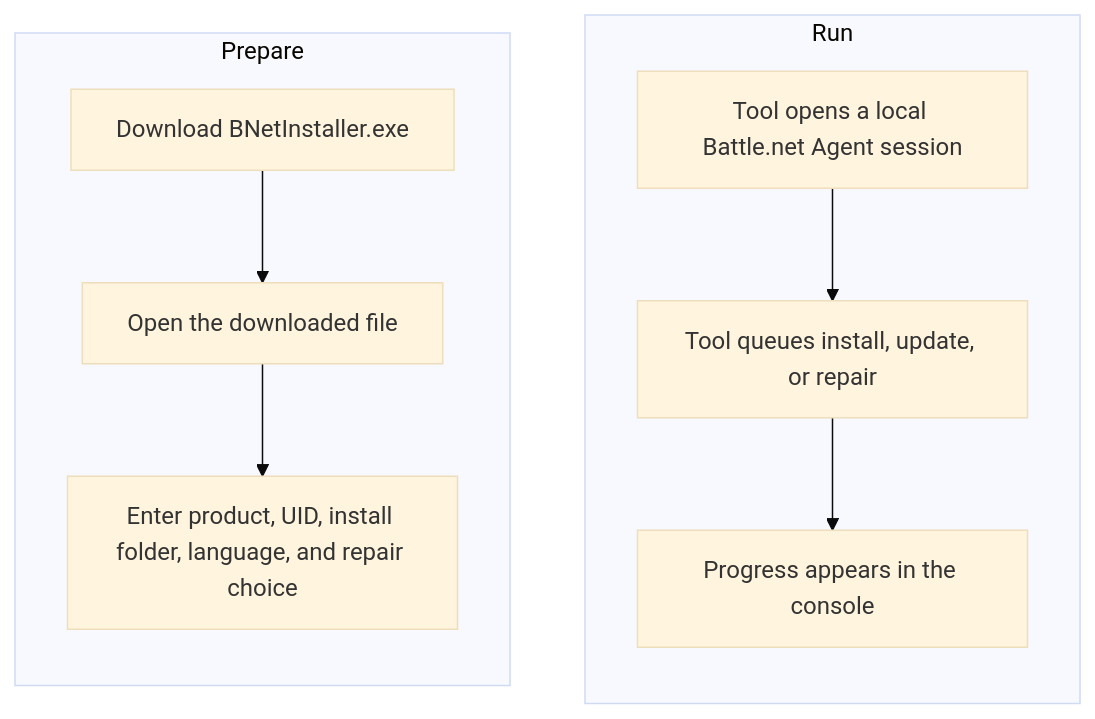
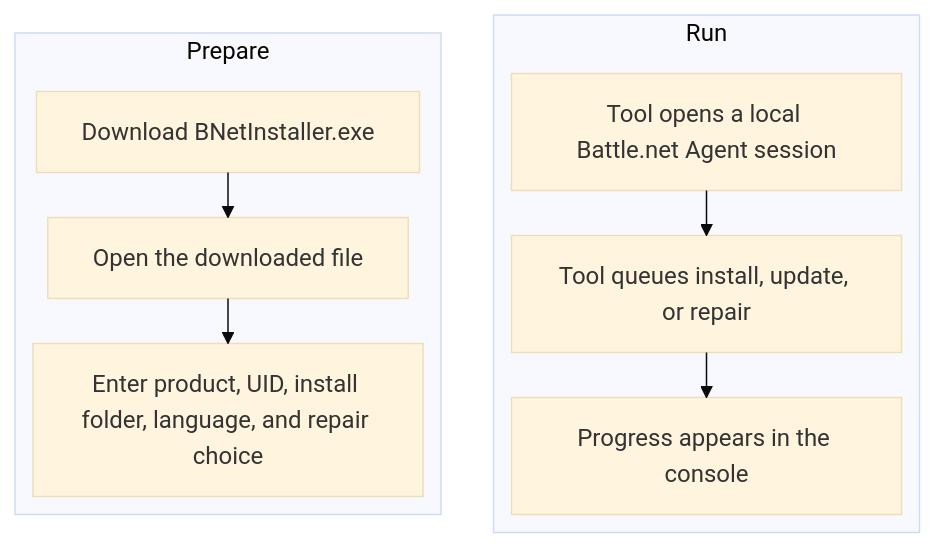
Before and after one commit to DokPlay/Battle.Net-Installer: the diagram in README.md, drawn with Mermaid (base theme). The commit also changed 1 other file, not shown here.

Commit message:
Stabilize README Mermaid layout

````diff
--- a/README.md
+++ b/README.md
@@ -52,22 +52,23 @@
 ```mermaid
+%%{init: {'flowchart': {'defaultRenderer': 'elk'}} }%%
 flowchart LR
     subgraph LEFT["Prepare"]
         direction TB
         A["Download BNetInstaller.exe"]
         B["Open the downloaded file"]
         C["Enter product, UID, install folder, language, and repair choice"]
         A --> B
         B --> C
     end
 
     subgraph RIGHT["Run"]
         direction TB
         D["Tool opens a local Battle.net Agent session"]
         E["Tool queues install, update, or repair"]
         F["Progress appears in the console"]
         D --> E
         E --> F
     end
 
     LEFT ~~~ RIGHT
 ```
````
